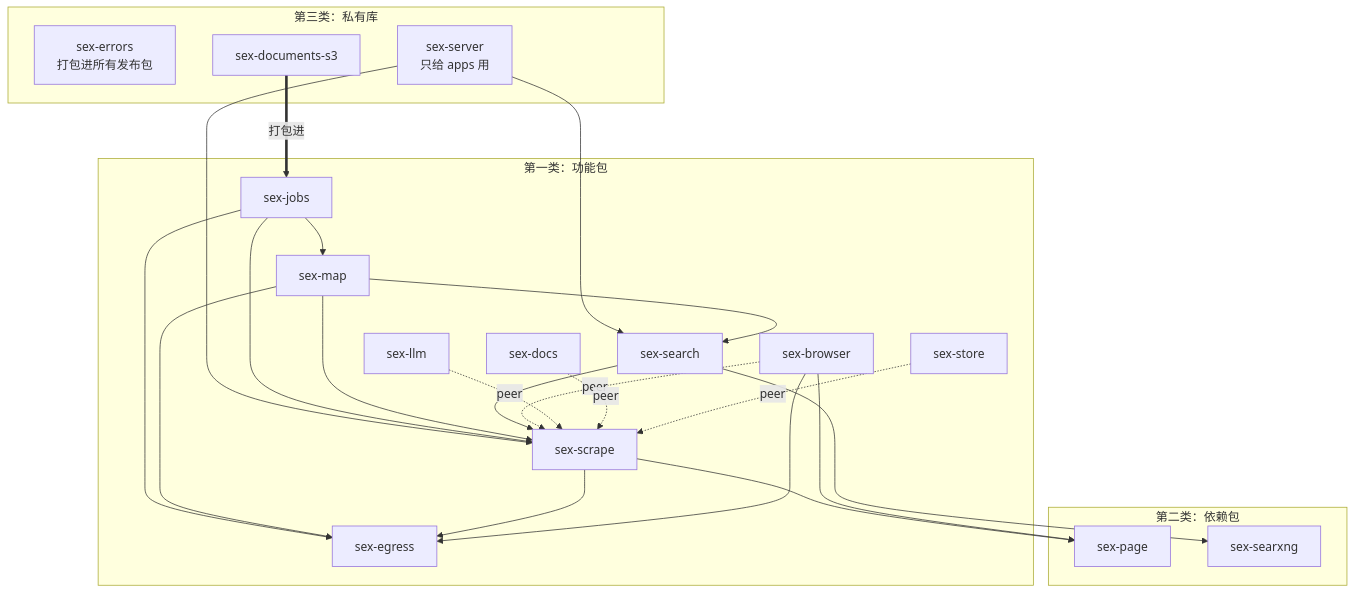
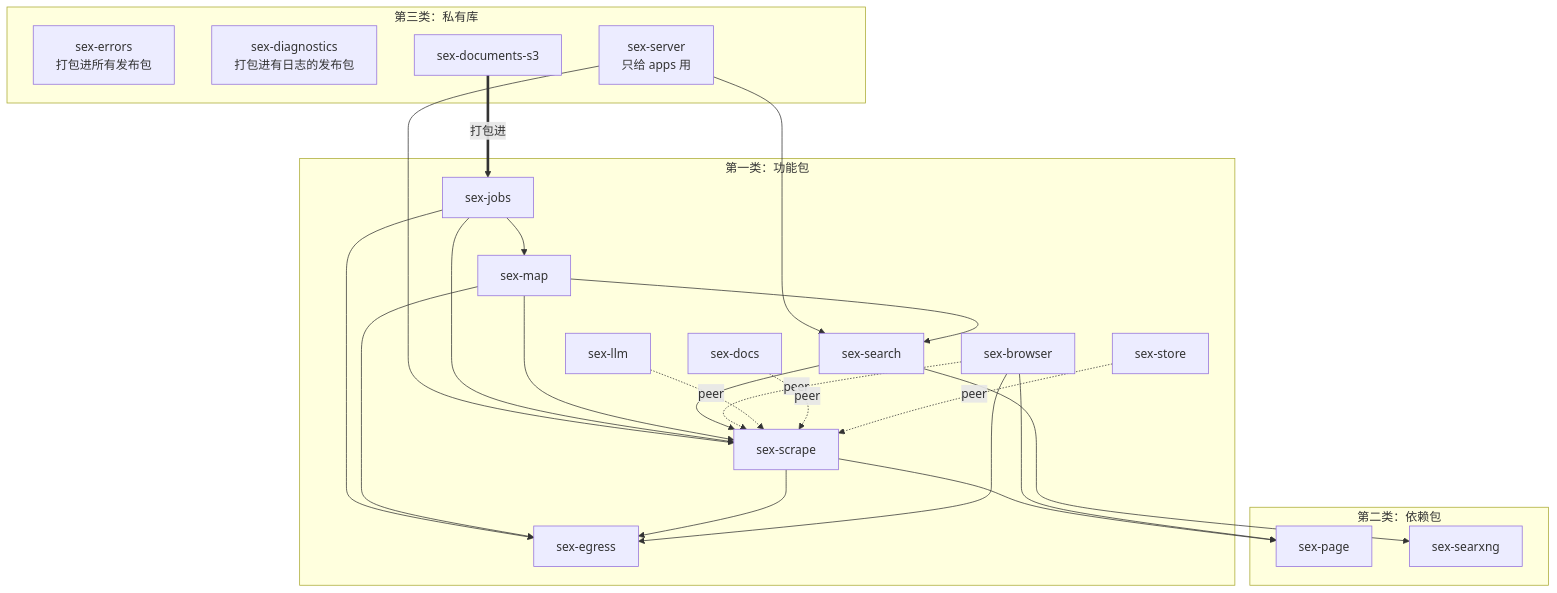
One commit to AkaraChen/sex changed the first of 3 diagrams in docs/architecture.md. Above: the diagram before and after it, drawn with Mermaid. The commit also changed other lines of this file and 90 other files, not shown here.

````diff
--- a/docs/architecture.md
+++ b/docs/architecture.md
@@ -68,42 +69,43 @@
 ```mermaid
 flowchart TB
   subgraph T1["第一类：功能包"]
     jobs["sex-jobs"]
     map["sex-map"]
     search["sex-search"]
     scrape["sex-scrape"]
     egress["sex-egress"]
     browser["sex-browser"]
     llm["sex-llm"]
     docs["sex-docs"]
     store["sex-store"]
   end
   subgraph T2["第二类：依赖包"]
     page["sex-page"]
     searxng["sex-searxng"]
   end
   subgraph T3["第三类：私有库"]
     errors["sex-errors<br/>打包进所有发布包"]
+    diagnostics["sex-diagnostics<br/>打包进有日志的发布包"]
     s3["sex-documents-s3"]
     server["sex-server<br/>只给 apps 用"]
   end
   server --> scrape
   server --> search
   jobs --> scrape
   jobs --> map
   jobs --> egress
   map --> search
   map --> scrape
   map --> egress
   search --> scrape
   search --> searxng
   scrape --> egress
   scrape --> page
   browser --> egress
   browser --> page
   browser -.->|peer| scrape
   llm -.->|peer| scrape
   docs -.->|peer| scrape
   store -.->|peer| scrape
   s3 ==>|打包进| jobs
 ```
````
